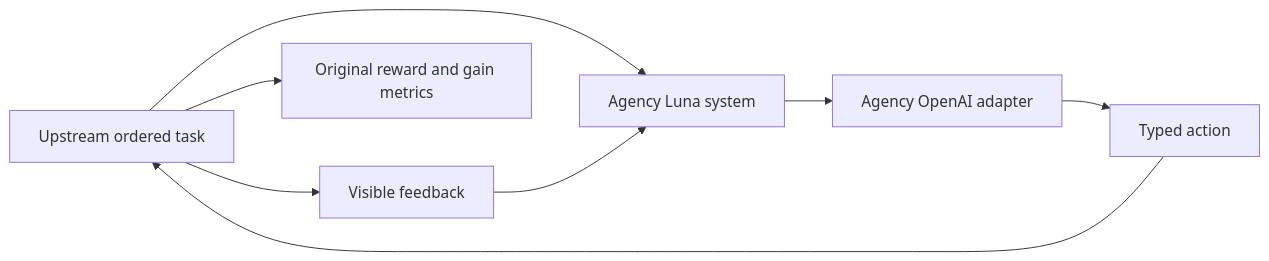
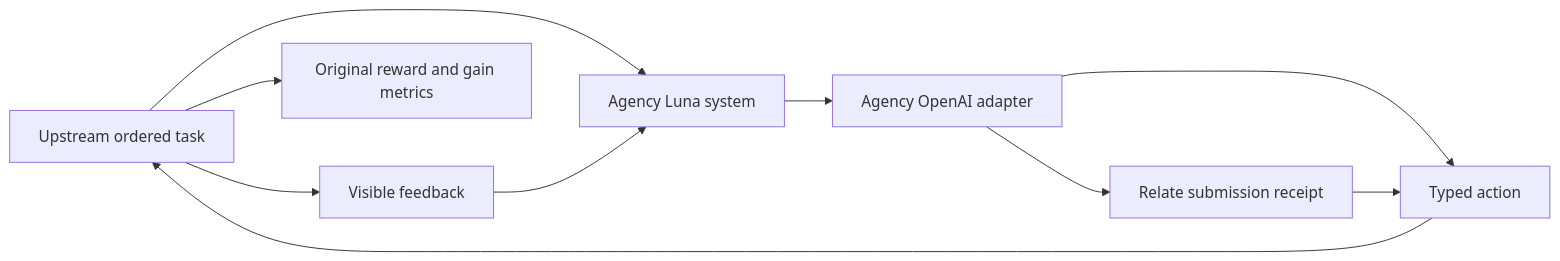
One commit to relatehq/relate changed the diagram in benchmarks/media-agency/src/external/continual-learning/README.md. Above: the diagram before and after it, drawn with Mermaid. The commit also changed other lines of this file and 9 other files, not shown here.

````diff
--- a/benchmarks/media-agency/src/external/continual-learning/README.md
+++ b/benchmarks/media-agency/src/external/continual-learning/README.md
@@ -29,10 +60,12 @@
 ```mermaid
 flowchart LR
   Task[Upstream ordered task] --> System[Agency Luna system]
   System --> Provider[Agency OpenAI adapter]
   Provider --> Action[Typed action]
+  Provider --> Relate[Relate submission receipt]
+  Relate --> Action
   Action --> Task
   Task --> Feedback[Visible feedback]
   Feedback --> System
   Task --> Scorer[Original reward and gain metrics]
 ```
````
